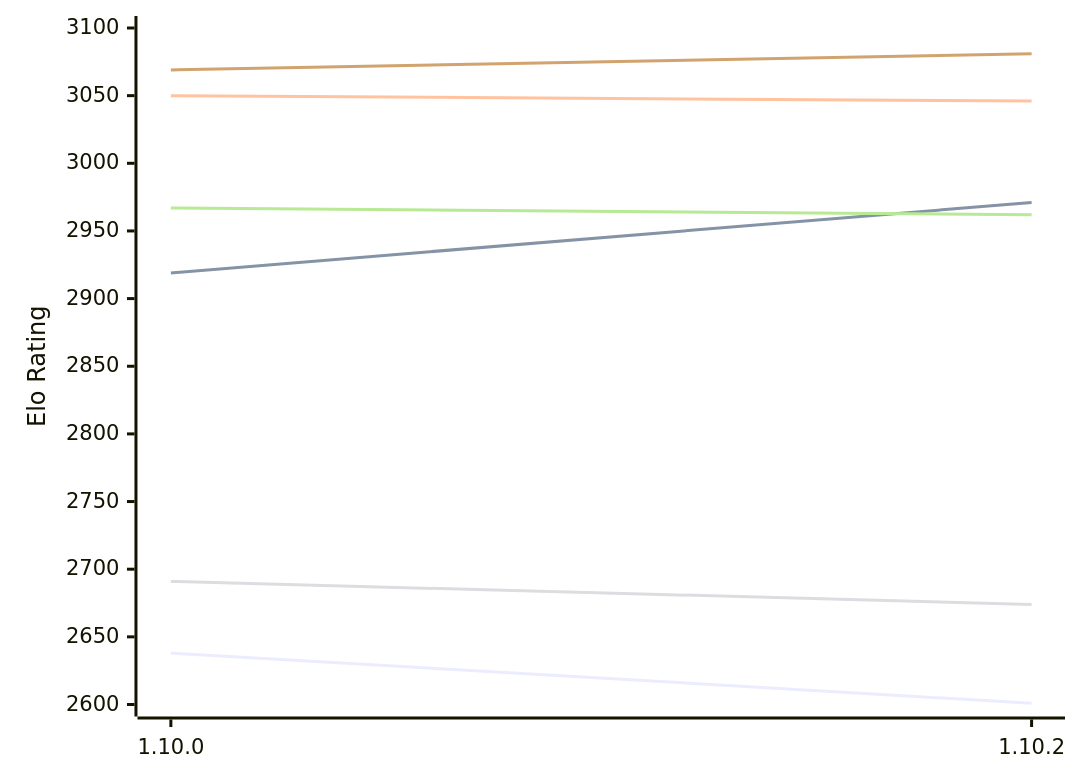
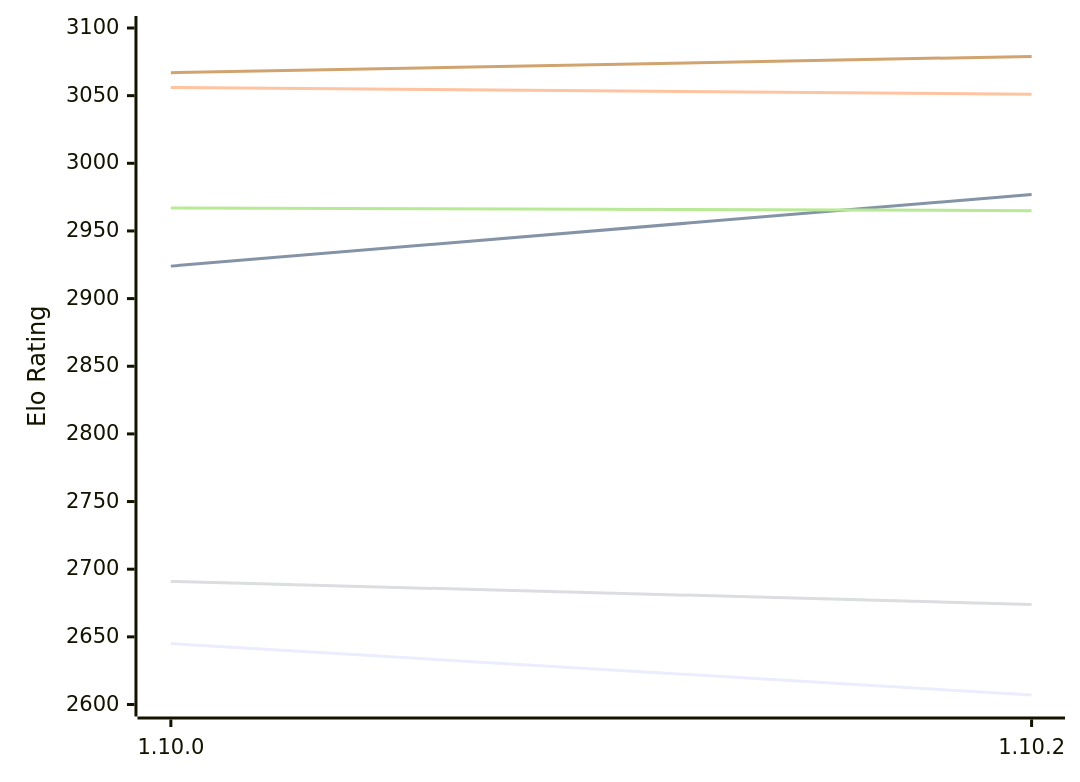
One commit to computer-chess-index/cci changed the first of 2 diagrams in engines/Basilisk.md. Above: the diagram before and after it, drawn with Mermaid. The commit also changed other lines of this file, not shown here.

Commit message:
Update CCI Ratings (ELO VLTC) - 2026-11-10

````diff
--- a/engines/Basilisk.md
+++ b/engines/Basilisk.md
@@ -61,12 +61,12 @@
 ```mermaid
 %%{init: {"theme":"base","themeVariables":{"seriesColors:['#a3a3a3','#222221','#faa371']}}}%%
 xychart-beta
   x-axis ["1.10.0", "1.10.2"]
   y-axis "Elo Rating" 2600 --> 3100
-  line "E1: STC (8.0+0.08s)" [2638, 2601]
-  line "E1: LTC (60.0+0.60s)" [2919, 2971]
-  line "E1: VLTC (2m24s+1.12s)" [3050, 3046]
+  line "E1: STC (8.0+0.08s)" [2645, 2607]
+  line "E1: LTC (60.0+0.60s)" [2924, 2977]
+  line "E1: VLTC (2m24s+1.12s)" [3056, 3051]
   line "P1: STC (8.0+0.08s)" [2691, 2674]
-  line "P1: LTC (60.0+0.60s)" [2967, 2962]
-  line "P1: VLTC (2m24s+1.12s)" [3069, 3081]
+  line "P1: LTC (60.0+0.60s)" [2967, 2965]
+  line "P1: VLTC (2m24s+1.12s)" [3067, 3079]
 ```
````
